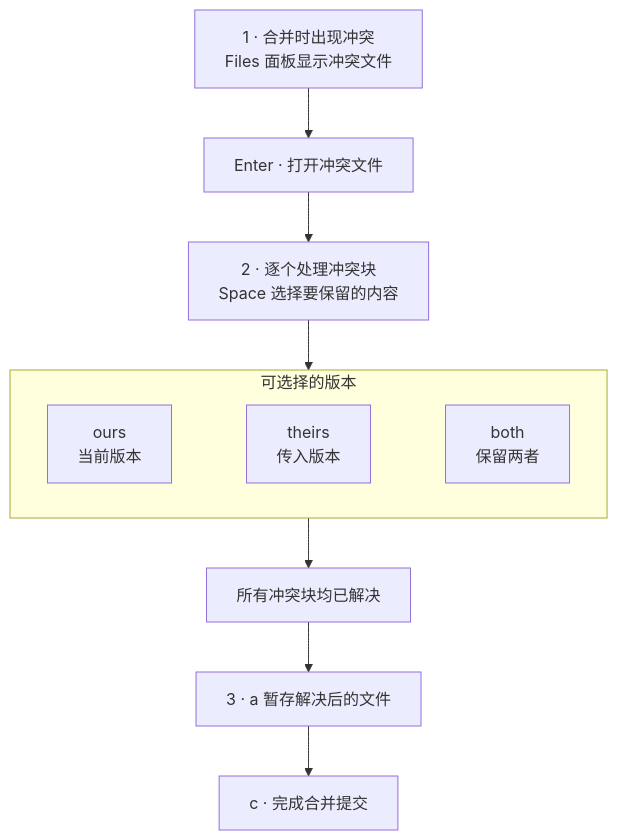
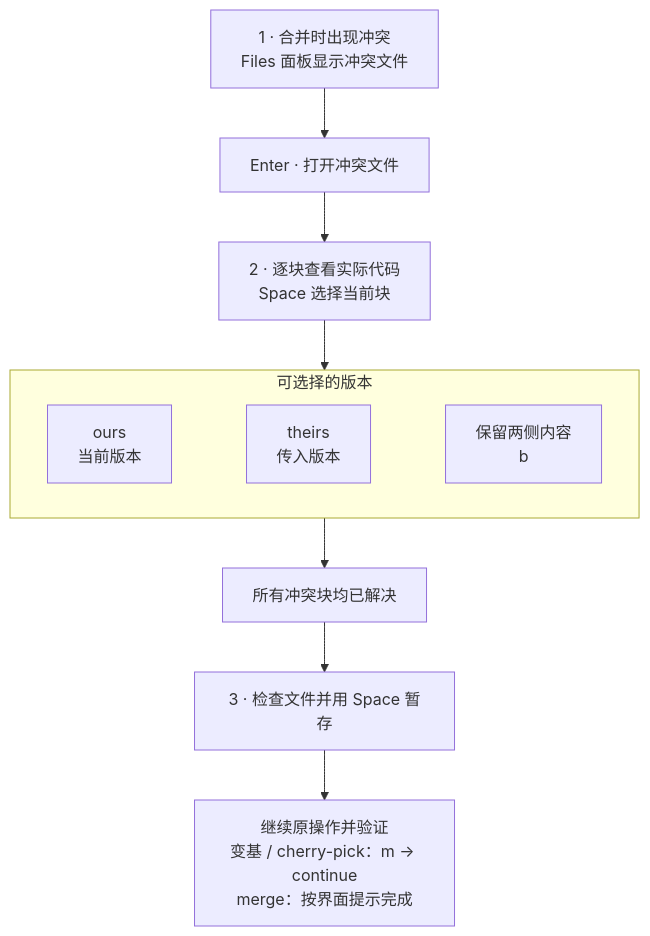
Before and after one commit to Jackie-Daddy/Lab-Tutorial: the diagram in diagrams/zh/lazygit-conflict.mmd, drawn with Mermaid. The commit also changed 77 other files, not shown here.

```diff
--- a/diagrams/zh/lazygit-conflict.mmd
+++ b/diagrams/zh/lazygit-conflict.mmd
@@ -1,20 +1,20 @@
 flowchart TB
-  accTitle: 在 Lazygit 中解决合并冲突
-  accDescr: 合并出现冲突后，Lazygit 显示冲突文件。按 Enter 打开文件，对每个冲突块用 Space 选择保留当前版本、传入版本或两者；全部解决后按 a 暂存，再按 c 完成合并提交。
+  accTitle: 在 Lazygit 中检查并解决冲突
+  accDescr: 进入冲突文件后逐块检查实际代码，用 Space 选择当前块或 b 保留两侧。回到文件面板后用 Space 暂存解决结果，再继续原来的 merge、rebase 或 cherry-pick，并验证结果。
   conflict["1 · 合并时出现冲突<br/>Files 面板显示冲突文件"]
   open["Enter · 打开冲突文件"]
-  choose["2 · 逐个处理冲突块<br/>Space 选择要保留的内容"]
+  choose["2 · 逐块查看实际代码<br/>Space 选择当前块"]
   subgraph versions["可选择的版本"]
     direction LR
     ours["ours<br/>当前版本"]
     theirs["theirs<br/>传入版本"]
-    both["both<br/>保留两者"]
+    both["保留两侧内容<br/>b"]
     ours ~~~ theirs ~~~ both
   end
   resolved["所有冲突块均已解决"]
-  stage["3 · a 暂存解决后的文件"]
-  commit["c · 完成合并提交"]
+  stage["3 · 检查文件并用 Space 暂存"]
+  commit["继续原操作并验证<br/>变基 / cherry-pick：m → continue<br/>merge：按界面提示完成"]
   conflict --> open --> choose
   choose --> versions
   versions --> resolved
   resolved --> stage --> commit
```
